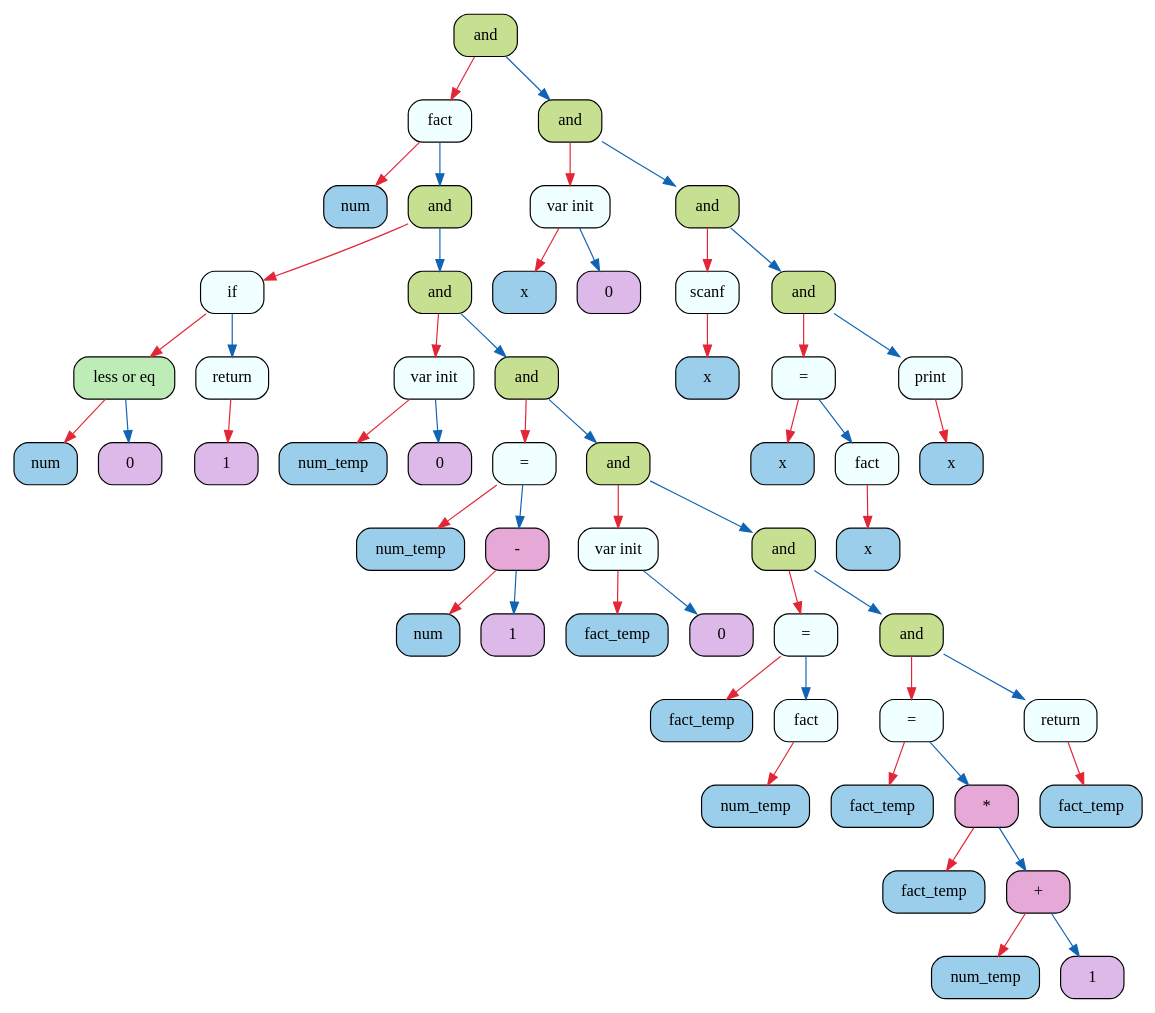
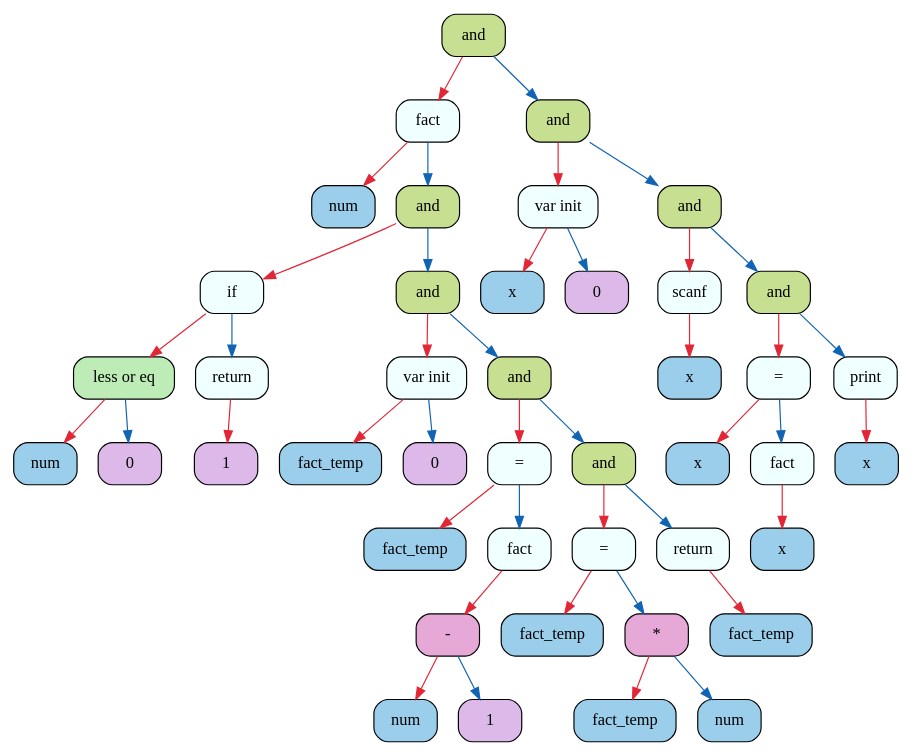
One commit to 2APetrin/MIPT_language changed the diagram in frontend/logs/log_graphviz.dot. Above: the diagram before and after it, drawn with Graphviz. The commit also changed 22 other files, not shown here.

```diff
--- a/frontend/logs/log_graphviz.dot
+++ b/frontend/logs/log_graphviz.dot
@@ -1,108 +1,88 @@
 digraph
 {
-    node_0x606000001700[shape = Mrecord, label = "{{and}}", style = "filled", fillcolor = "#C6DF90"];
-    node_0x606000001a60[shape = Mrecord, label = "{{fact}}", style = "filled", fillcolor = "#F0FFFF"];
-    node_0x606000001ac0[shape = Mrecord, label = "{{num}}", style = "filled", fillcolor = "#9ACEEB"];
-    node_0x606000001b20[shape = Mrecord, label = "{{and}}", style = "filled", fillcolor = "#C6DF90"];
-    node_0x606000001b80[shape = Mrecord, label = "{{if}}", style = "filled", fillcolor = "#F0FFFF"];
-    node_0x606000001be0[shape = Mrecord, label = "{{less or eq}}", style = "filled", fillcolor = "#BDECB6"];
-    node_0x606000001c40[shape = Mrecord, label = "{{num}}", style = "filled", fillcolor = "#9ACEEB"];
+    node_0x606000001340[shape = Mrecord, label = "{{and}}", style = "filled", fillcolor = "#C6DF90"];
+    node_0x606000001820[shape = Mrecord, label = "{{fact}}", style = "filled", fillcolor = "#F0FFFF"];
+    node_0x606000001880[shape = Mrecord, label = "{{num}}", style = "filled", fillcolor = "#9ACEEB"];
+    node_0x6060000018e0[shape = Mrecord, label = "{{and}}", style = "filled", fillcolor = "#C6DF90"];
+    node_0x606000001940[shape = Mrecord, label = "{{if}}", style = "filled", fillcolor = "#F0FFFF"];
+    node_0x6060000019a0[shape = Mrecord, label = "{{less or eq}}", style = "filled", fillcolor = "#BDECB6"];
+    node_0x606000001a00[shape = Mrecord, label = "{{num}}", style = "filled", fillcolor = "#9ACEEB"];
+    node_0x606000001a60[shape = Mrecord, label = "{{0}}", style = "filled", fillcolor = "#DDB9E9"];
+    node_0x606000001ac0[shape = Mrecord, label = "{{return}}", style = "filled", fillcolor = "#F0FFFF"];
+    node_0x606000001b20[shape = Mrecord, label = "{{1}}", style = "filled", fillcolor = "#DDB9E9"];
+    node_0x606000001b80[shape = Mrecord, label = "{{and}}", style = "filled", fillcolor = "#C6DF90"];
+    node_0x606000001be0[shape = Mrecord, label = "{{var init}}", style = "filled", fillcolor = "#F0FFFF"];
+    node_0x606000001c40[shape = Mrecord, label = "{{fact_temp}}", style = "filled", fillcolor = "#9ACEEB"];
     node_0x606000001ca0[shape = Mrecord, label = "{{0}}", style = "filled", fillcolor = "#DDB9E9"];
-    node_0x606000001d00[shape = Mrecord, label = "{{return}}", style = "filled", fillcolor = "#F0FFFF"];
-    node_0x606000001d60[shape = Mrecord, label = "{{1}}", style = "filled", fillcolor = "#DDB9E9"];
-    node_0x606000001dc0[shape = Mrecord, label = "{{and}}", style = "filled", fillcolor = "#C6DF90"];
-    node_0x606000001e20[shape = Mrecord, label = "{{var init}}", style = "filled", fillcolor = "#F0FFFF"];
-    node_0x606000001e80[shape = Mrecord, label = "{{num_temp}}", style = "filled", fillcolor = "#9ACEEB"];
-    node_0x606000001ee0[shape = Mrecord, label = "{{0}}", style = "filled", fillcolor = "#DDB9E9"];
-    node_0x606000001f40[shape = Mrecord, label = "{{and}}", style = "filled", fillcolor = "#C6DF90"];
-    node_0x606000001fa0[shape = Mrecord, label = "{{=}}", style = "filled", fillcolor = "#F0FFFF"];
-    node_0x606000002000[shape = Mrecord, label = "{{num_temp}}", style = "filled", fillcolor = "#9ACEEB"];
-    node_0x606000002060[shape = Mrecord, label = "{{-}}", style = "filled", fillcolor = "#E6A8D7"];
-    node_0x6060000020c0[shape = Mrecord, label = "{{num}}", style = "filled", fillcolor = "#9ACEEB"];
-    node_0x606000002120[shape = Mrecord, label = "{{1}}", style = "filled", fillcolor = "#DDB9E9"];
-    node_0x606000002180[shape = Mrecord, label = "{{and}}", style = "filled", fillcolor = "#C6DF90"];
-    node_0x6060000021e0[shape = Mrecord, label = "{{var init}}", style = "filled", fillcolor = "#F0FFFF"];
+    node_0x606000001d00[shape = Mrecord, label = "{{and}}", style = "filled", fillcolor = "#C6DF90"];
+    node_0x606000001d60[shape = Mrecord, label = "{{=}}", style = "filled", fillcolor = "#F0FFFF"];
+    node_0x606000001dc0[shape = Mrecord, label = "{{fact_temp}}", style = "filled", fillcolor = "#9ACEEB"];
+    node_0x606000001e20[shape = Mrecord, label = "{{fact}}", style = "filled", fillcolor = "#F0FFFF"];
+    node_0x606000001e80[shape = Mrecord, label = "{{-}}", style = "filled", fillcolor = "#E6A8D7"];
+    node_0x606000001ee0[shape = Mrecord, label = "{{num}}", style = "filled", fillcolor = "#9ACEEB"];
+    node_0x606000001f40[shape = Mrecord, label = "{{1}}", style = "filled", fillcolor = "#DDB9E9"];
+    node_0x606000001fa0[shape = Mrecord, label = "{{and}}", style = "filled", fillcolor = "#C6DF90"];
+    node_0x606000002000[shape = Mrecord, label = "{{=}}", style = "filled", fillcolor = "#F0FFFF"];
+    node_0x606000002060[shape = Mrecord, label = "{{fact_temp}}", style = "filled", fillcolor = "#9ACEEB"];
+    node_0x6060000020c0[shape = Mrecord, label = "{{*}}", style = "filled", fillcolor = "#E6A8D7"];
+    node_0x606000002120[shape = Mrecord, label = "{{fact_temp}}", style = "filled", fillcolor = "#9ACEEB"];
+    node_0x606000002180[shape = Mrecord, label = "{{num}}", style = "filled", fillcolor = "#9ACEEB"];
+    node_0x6060000021e0[shape = Mrecord, label = "{{return}}", style = "filled", fillcolor = "#F0FFFF"];
     node_0x606000002240[shape = Mrecord, label = "{{fact_temp}}", style = "filled", fillcolor = "#9ACEEB"];
-    node_0x6060000022a0[shape = Mrecord, label = "{{0}}", style = "filled", fillcolor = "#DDB9E9"];
-    node_0x606000002300[shape = Mrecord, label = "{{and}}", style = "filled", fillcolor = "#C6DF90"];
-    node_0x606000002360[shape = Mrecord, label = "{{=}}", style = "filled", fillcolor = "#F0FFFF"];
-    node_0x6060000023c0[shape = Mrecord, label = "{{fact_temp}}", style = "filled", fillcolor = "#9ACEEB"];
-    node_0x606000002420[shape = Mrecord, label = "{{fact}}", style = "filled", fillcolor = "#F0FFFF"];
-    node_0x606000002480[shape = Mrecord, label = "{{num_temp}}", style = "filled", fillcolor = "#9ACEEB"];
-    node_0x6060000024e0[shape = Mrecord, label = "{{and}}", style = "filled", fillcolor = "#C6DF90"];
-    node_0x606000002540[shape = Mrecord, label = "{{=}}", style = "filled", fillcolor = "#F0FFFF"];
-    node_0x6060000025a0[shape = Mrecord, label = "{{fact_temp}}", style = "filled", fillcolor = "#9ACEEB"];
-    node_0x606000002600[shape = Mrecord, label = "{{*}}", style = "filled", fillcolor = "#E6A8D7"];
-    node_0x606000002660[shape = Mrecord, label = "{{fact_temp}}", style = "filled", fillcolor = "#9ACEEB"];
-    node_0x6060000026c0[shape = Mrecord, label = "{{+}}", style = "filled", fillcolor = "#E6A8D7"];
-    node_0x606000002720[shape = Mrecord, label = "{{num_temp}}", style = "filled", fillcolor = "#9ACEEB"];
-    node_0x606000002780[shape = Mrecord, label = "{{1}}", style = "filled", fillcolor = "#DDB9E9"];
-    node_0x6060000027e0[shape = Mrecord, label = "{{return}}", style = "filled", fillcolor = "#F0FFFF"];
-    node_0x606000002840[shape = Mrecord, label = "{{fact_temp}}", style = "filled", fillcolor = "#9ACEEB"];
-    node_0x6060000016a0[shape = Mrecord, label = "{{and}}", style = "filled", fillcolor = "#C6DF90"];
-    node_0x606000001160[shape = Mrecord, label = "{{var init}}", style = "filled", fillcolor = "#F0FFFF"];
-    node_0x6060000010a0[shape = Mrecord, label = "{{x}}", style = "filled", fillcolor = "#9ACEEB"];
-    node_0x606000001100[shape = Mrecord, label = "{{0}}", style = "filled", fillcolor = "#DDB9E9"];
-    node_0x606000001640[shape = Mrecord, label = "{{and}}", style = "filled", fillcolor = "#C6DF90"];
-    node_0x606000001220[shape = Mrecord, label = "{{scanf}}", style = "filled", fillcolor = "#F0FFFF"];
-    node_0x6060000011c0[shape = Mrecord, label = "{{x}}", style = "filled", fillcolor = "#9ACEEB"];
-    node_0x6060000015e0[shape = Mrecord, label = "{{and}}", style = "filled", fillcolor = "#C6DF90"];
-    node_0x606000001460[shape = Mrecord, label = "{{=}}", style = "filled", fillcolor = "#F0FFFF"];
-    node_0x606000001280[shape = Mrecord, label = "{{x}}", style = "filled", fillcolor = "#9ACEEB"];
-    node_0x606000002900[shape = Mrecord, label = "{{fact}}", style = "filled", fillcolor = "#F0FFFF"];
-    node_0x606000002960[shape = Mrecord, label = "{{x}}", style = "filled", fillcolor = "#9ACEEB"];
-    node_0x6060000029c0[shape = Mrecord, label = "{{print}}", style = "filled", fillcolor = "#F0FFFF"];
-    node_0x606000002a20[shape = Mrecord, label = "{{x}}", style = "filled", fillcolor = "#9ACEEB"];
-    node_0x606000001700->node_0x606000001a60 [color = "#E32636"];
-    node_0x606000001a60->node_0x606000001ac0 [color = "#E32636"];
-    node_0x606000001a60->node_0x606000001b20 [color = "#1164B4"];
-    node_0x606000001b20->node_0x606000001b80 [color = "#E32636"];
+    node_0x6060000012e0[shape = Mrecord, label = "{{and}}", style = "filled", fillcolor = "#C6DF90"];
+    node_0x606000000da0[shape = Mrecord, label = "{{var init}}", style = "filled", fillcolor = "#F0FFFF"];
+    node_0x606000000ce0[shape = Mrecord, label = "{{x}}", style = "filled", fillcolor = "#9ACEEB"];
+    node_0x606000000d40[shape = Mrecord, label = "{{0}}", style = "filled", fillcolor = "#DDB9E9"];
+    node_0x606000001280[shape = Mrecord, label = "{{and}}", style = "filled", fillcolor = "#C6DF90"];
+    node_0x606000000e60[shape = Mrecord, label = "{{scanf}}", style = "filled", fillcolor = "#F0FFFF"];
+    node_0x606000000e00[shape = Mrecord, label = "{{x}}", style = "filled", fillcolor = "#9ACEEB"];
+    node_0x606000001220[shape = Mrecord, label = "{{and}}", style = "filled", fillcolor = "#C6DF90"];
+    node_0x6060000010a0[shape = Mrecord, label = "{{=}}", style = "filled", fillcolor = "#F0FFFF"];
+    node_0x606000000ec0[shape = Mrecord, label = "{{x}}", style = "filled", fillcolor = "#9ACEEB"];
+    node_0x606000002300[shape = Mrecord, label = "{{fact}}", style = "filled", fillcolor = "#F0FFFF"];
+    node_0x606000002360[shape = Mrecord, label = "{{x}}", style = "filled", fillcolor = "#9ACEEB"];
+    node_0x6060000023c0[shape = Mrecord, label = "{{print}}", style = "filled", fillcolor = "#F0FFFF"];
+    node_0x606000002420[shape = Mrecord, label = "{{x}}", style = "filled", fillcolor = "#9ACEEB"];
+    node_0x606000001340->node_0x606000001820 [color = "#E32636"];
+    node_0x606000001820->node_0x606000001880 [color = "#E32636"];
+    node_0x606000001820->node_0x6060000018e0 [color = "#1164B4"];
+    node_0x6060000018e0->node_0x606000001940 [color = "#E32636"];
+    node_0x606000001940->node_0x6060000019a0 [color = "#E32636"];
+    node_0x6060000019a0->node_0x606000001a00 [color = "#E32636"];
+    node_0x6060000019a0->node_0x606000001a60 [color = "#1164B4"];
+    node_0x606000001940->node_0x606000001ac0 [color = "#1164B4"];
+    node_0x606000001ac0->node_0x606000001b20 [color = "#E32636"];
+    node_0x6060000018e0->node_0x606000001b80 [color = "#1164B4"];
     node_0x606000001b80->node_0x606000001be0 [color = "#E32636"];
     node_0x606000001be0->node_0x606000001c40 [color = "#E32636"];
     node_0x606000001be0->node_0x606000001ca0 [color = "#1164B4"];
     node_0x606000001b80->node_0x606000001d00 [color = "#1164B4"];
     node_0x606000001d00->node_0x606000001d60 [color = "#E32636"];
-    node_0x606000001b20->node_0x606000001dc0 [color = "#1164B4"];
-    node_0x606000001dc0->node_0x606000001e20 [color = "#E32636"];
+    node_0x606000001d60->node_0x606000001dc0 [color = "#E32636"];
+    node_0x606000001d60->node_0x606000001e20 [color = "#1164B4"];
     node_0x606000001e20->node_0x606000001e80 [color = "#E32636"];
-    node_0x606000001e20->node_0x606000001ee0 [color = "#1164B4"];
-    node_0x606000001dc0->node_0x606000001f40 [color = "#1164B4"];
-    node_0x606000001f40->node_0x606000001fa0 [color = "#E32636"];
+    node_0x606000001e80->node_0x606000001ee0 [color = "#E32636"];
+    node_0x606000001e80->node_0x606000001f40 [color = "#1164B4"];
+    node_0x606000001d00->node_0x606000001fa0 [color = "#1164B4"];
     node_0x606000001fa0->node_0x606000002000 [color = "#E32636"];
-    node_0x606000001fa0->node_0x606000002060 [color = "#1164B4"];
-    node_0x606000002060->node_0x6060000020c0 [color = "#E32636"];
-    node_0x606000002060->node_0x606000002120 [color = "#1164B4"];
-    node_0x606000001f40->node_0x606000002180 [color = "#1164B4"];
-    node_0x606000002180->node_0x6060000021e0 [color = "#E32636"];
+    node_0x606000002000->node_0x606000002060 [color = "#E32636"];
+    node_0x606000002000->node_0x6060000020c0 [color = "#1164B4"];
+    node_0x6060000020c0->node_0x606000002120 [color = "#E32636"];
+    node_0x6060000020c0->node_0x606000002180 [color = "#1164B4"];
+    node_0x606000001fa0->node_0x6060000021e0 [color = "#1164B4"];
     node_0x6060000021e0->node_0x606000002240 [color = "#E32636"];
-    node_0x6060000021e0->node_0x6060000022a0 [color = "#1164B4"];
-    node_0x606000002180->node_0x606000002300 [color = "#1164B4"];
+    node_0x606000001340->node_0x6060000012e0 [color = "#1164B4"];
+    node_0x6060000012e0->node_0x606000000da0 [color = "#E32636"];
+    node_0x606000000da0->node_0x606000000ce0 [color = "#E32636"];
+    node_0x606000000da0->node_0x606000000d40 [color = "#1164B4"];
+    node_0x6060000012e0->node_0x606000001280 [color = "#1164B4"];
+    node_0x606000001280->node_0x606000000e60 [color = "#E32636"];
+    node_0x606000000e60->node_0x606000000e00 [color = "#E32636"];
+    node_0x606000001280->node_0x606000001220 [color = "#1164B4"];
+    node_0x606000001220->node_0x6060000010a0 [color = "#E32636"];
+    node_0x6060000010a0->node_0x606000000ec0 [color = "#E32636"];
+    node_0x6060000010a0->node_0x606000002300 [color = "#1164B4"];
     node_0x606000002300->node_0x606000002360 [color = "#E32636"];
-    node_0x606000002360->node_0x6060000023c0 [color = "#E32636"];
-    node_0x606000002360->node_0x606000002420 [color = "#1164B4"];
-    node_0x606000002420->node_0x606000002480 [color = "#E32636"];
-    node_0x606000002300->node_0x6060000024e0 [color = "#1164B4"];
-    node_0x6060000024e0->node_0x606000002540 [color = "#E32636"];
-    node_0x606000002540->node_0x6060000025a0 [color = "#E32636"];
-    node_0x606000002540->node_0x606000002600 [color = "#1164B4"];
-    node_0x606000002600->node_0x606000002660 [color = "#E32636"];
-    node_0x606000002600->node_0x6060000026c0 [color = "#1164B4"];
-    node_0x6060000026c0->node_0x606000002720 [color = "#E32636"];
-    node_0x6060000026c0->node_0x606000002780 [color = "#1164B4"];
-    node_0x6060000024e0->node_0x6060000027e0 [color = "#1164B4"];
-    node_0x6060000027e0->node_0x606000002840 [color = "#E32636"];
-    node_0x606000001700->node_0x6060000016a0 [color = "#1164B4"];
-    node_0x6060000016a0->node_0x606000001160 [color = "#E32636"];
-    node_0x606000001160->node_0x6060000010a0 [color = "#E32636"];
-    node_0x606000001160->node_0x606000001100 [color = "#1164B4"];
-    node_0x6060000016a0->node_0x606000001640 [color = "#1164B4"];
-    node_0x606000001640->node_0x606000001220 [color = "#E32636"];
-    node_0x606000001220->node_0x6060000011c0 [color = "#E32636"];
-    node_0x606000001640->node_0x6060000015e0 [color = "#1164B4"];
-    node_0x6060000015e0->node_0x606000001460 [color = "#E32636"];
-    node_0x606000001460->node_0x606000001280 [color = "#E32636"];
-    node_0x606000001460->node_0x606000002900 [color = "#1164B4"];
-    node_0x606000002900->node_0x606000002960 [color = "#E32636"];
-    node_0x6060000015e0->node_0x6060000029c0 [color = "#1164B4"];
-    node_0x6060000029c0->node_0x606000002a20 [color = "#E32636"];
+    node_0x606000001220->node_0x6060000023c0 [color = "#1164B4"];
+    node_0x6060000023c0->node_0x606000002420 [color = "#E32636"];
 }
```
